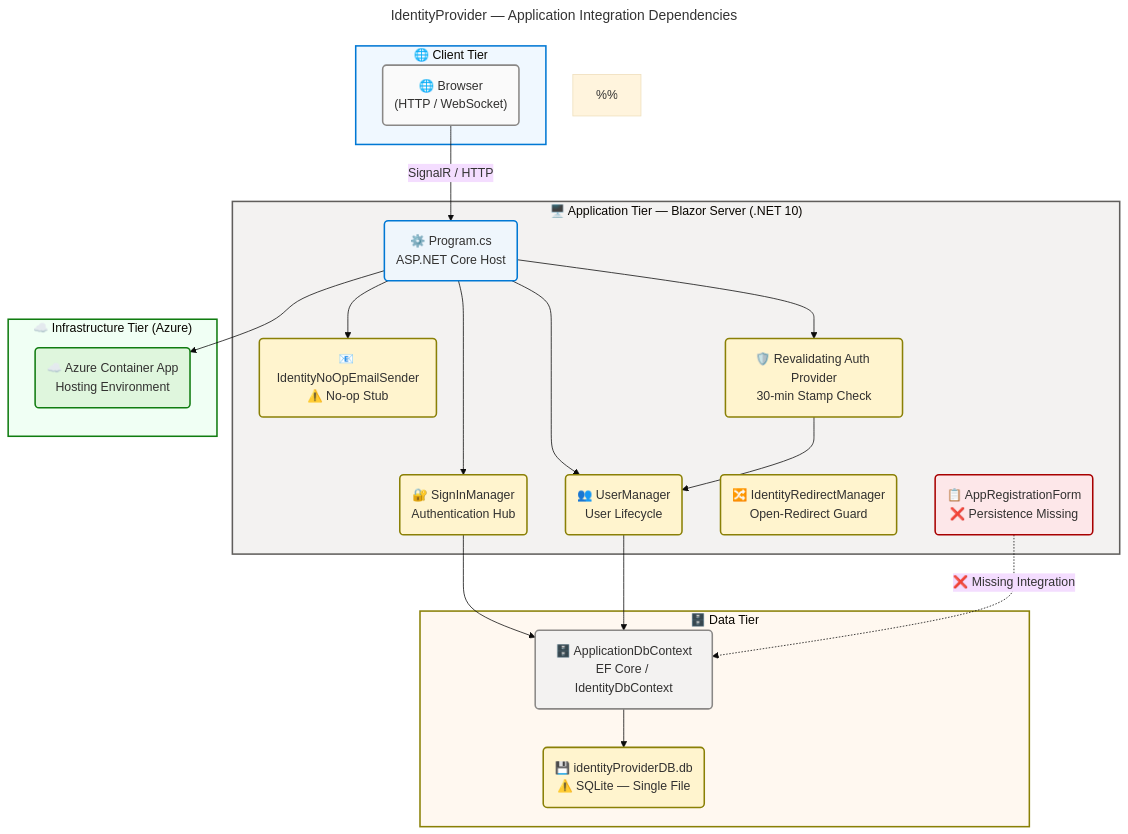
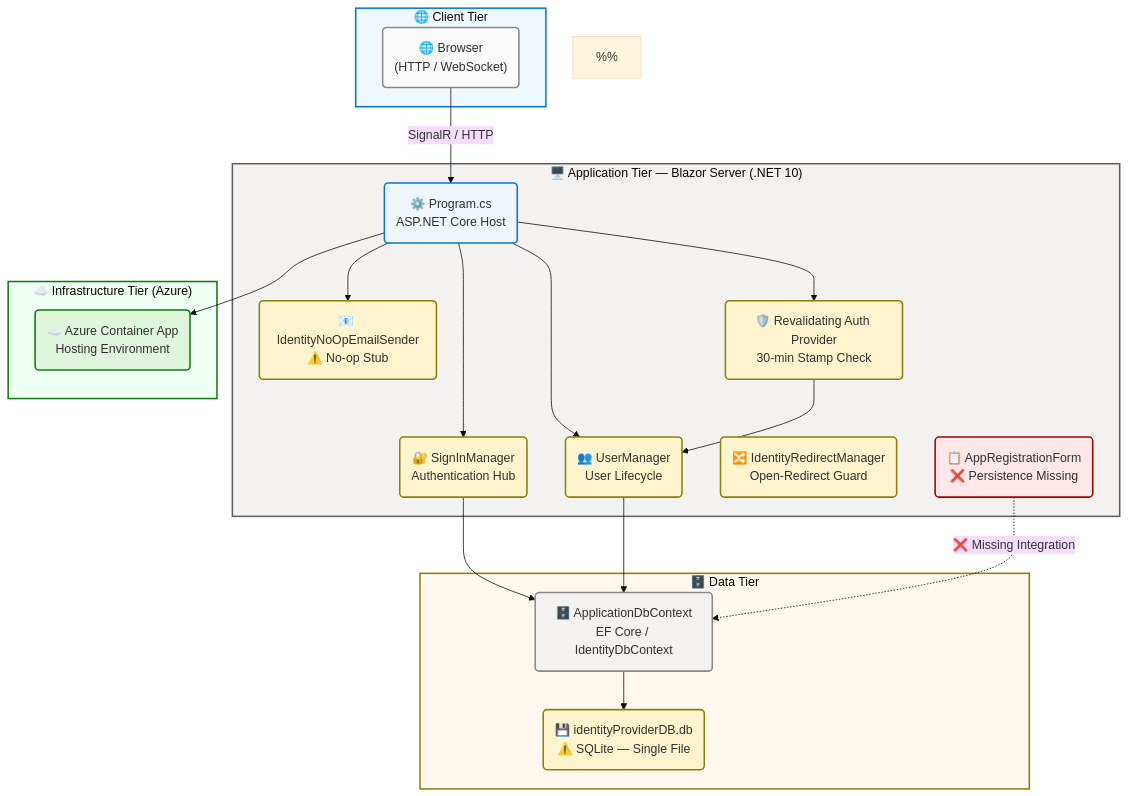
The seventh of 7 diagrams in docs/architecture/app-arch.md (Evilazaro/IdentityProvider), drawn with Mermaid before and after one commit. The commit also changed other lines of this file, not shown here.

Commit message:
fix: update mermaid diagram titles and configurations for consistency

````diff
--- a/docs/architecture/app-arch.md
+++ b/docs/architecture/app-arch.md
@@ -1049,75 +1004,65 @@
 ```mermaid
----
-title: "IdentityProvider — Application Integration Dependencies"
-config:
-  theme: base
-  look: classic
-  layout: dagre
-  themeVariables:
-    fontSize: '16px'
-  flowchart:
-    htmlLabels: true
----
+%%{init: {"theme": "base", "themeVariables": {"fontSize": "16px"}, "flowchart": {"htmlLabels": true}}}%%
 flowchart TB
     accTitle: Application Integration Dependencies
     accDescr: Shows all integration dependencies of the Contoso IdentityProvider application with health status indicators
 
     %%
     %% AZURE / FLUENT ARCHITECTURE PATTERN v2.0
     %% (Semantic + Structural + Font + Accessibility Governance)
     %%
     %% PHASE 1 - FLUENT UI: All styling uses approved Fluent UI palette only
     %% PHASE 2 - GROUPS: Every subgraph has semantic color via style directive
     %% PHASE 3 - COMPONENTS: Every node has semantic classDef + icon prefix
     %% PHASE 4 - ACCESSIBILITY: accTitle/accDescr present, WCAG AA contrast
     %% PHASE 5 - STANDARD: Governance block present, classDefs centralized
     %%
 
     subgraph Browser["🌐 Client Tier"]
         BR("🌐 Browser<br/>(HTTP / WebSocket)"):::neutral
     end
 
     subgraph AppTier["🖥️ Application Tier — Blazor Server (.NET 10)"]
         PROG("⚙️ Program.cs<br/>ASP.NET Core Host"):::service
         SIGNIN("🔐 SignInManager<br/>Authentication Hub"):::security
         USERMGR("👥 UserManager<br/>User Lifecycle"):::security
         EMAILSVC("📧 IdentityNoOpEmailSender<br/>⚠️ No-op Stub"):::warning
         REVALID("🛡️ Revalidating Auth Provider<br/>30-min Stamp Check"):::security
         REDIRECT("🔀 IdentityRedirectManager<br/>Open-Redirect Guard"):::security
         APPREG("📋 AppRegistrationForm<br/>❌ Persistence Missing"):::error
     end
 
     subgraph DataTier["🗄️ Data Tier"]
         DBCTX("🗄️ ApplicationDbContext<br/>EF Core / IdentityDbContext"):::data
         SQLITE("💾 identityProviderDB.db<br/>⚠️ SQLite — Single File"):::warning
     end
 
     subgraph InfraTier["☁️ Infrastructure Tier (Azure)"]
         ACA("☁️ Azure Container App<br/>Hosting Environment"):::infra
     end
 
     BR -->|"SignalR / HTTP"| PROG
     PROG --> SIGNIN
     PROG --> USERMGR
     PROG --> EMAILSVC
     PROG --> REVALID
     SIGNIN --> DBCTX
     USERMGR --> DBCTX
     REVALID --> USERMGR
     DBCTX --> SQLITE
     PROG --> ACA
     APPREG -.->|"❌ Missing Integration"| DBCTX
 
     classDef service fill:#EFF6FC,stroke:#0078D4,stroke-width:2px,color:#323130
     classDef security fill:#FFF4CE,stroke:#8A8006,stroke-width:2px,color:#323130
     classDef data fill:#F3F2F1,stroke:#8A8886,stroke-width:2px,color:#323130
     classDef warning fill:#FFF4CE,stroke:#8A8006,stroke-width:2px,color:#323130
     classDef error fill:#FDE7E9,stroke:#A80000,stroke-width:2px,color:#323130
     classDef neutral fill:#FAFAFA,stroke:#8A8886,stroke-width:2px,color:#323130
     classDef infra fill:#DFF6DD,stroke:#107C10,stroke-width:2px,color:#323130
 
     style Browser fill:#F0F8FF,stroke:#0078D4,stroke-width:2px
     style AppTier fill:#F3F2F1,stroke:#605E5C,stroke-width:2px
     style DataTier fill:#FFF8F0,stroke:#8A8006,stroke-width:2px
     style InfraTier fill:#F0FFF4,stroke:#107C10,stroke-width:2px
 ```
````
